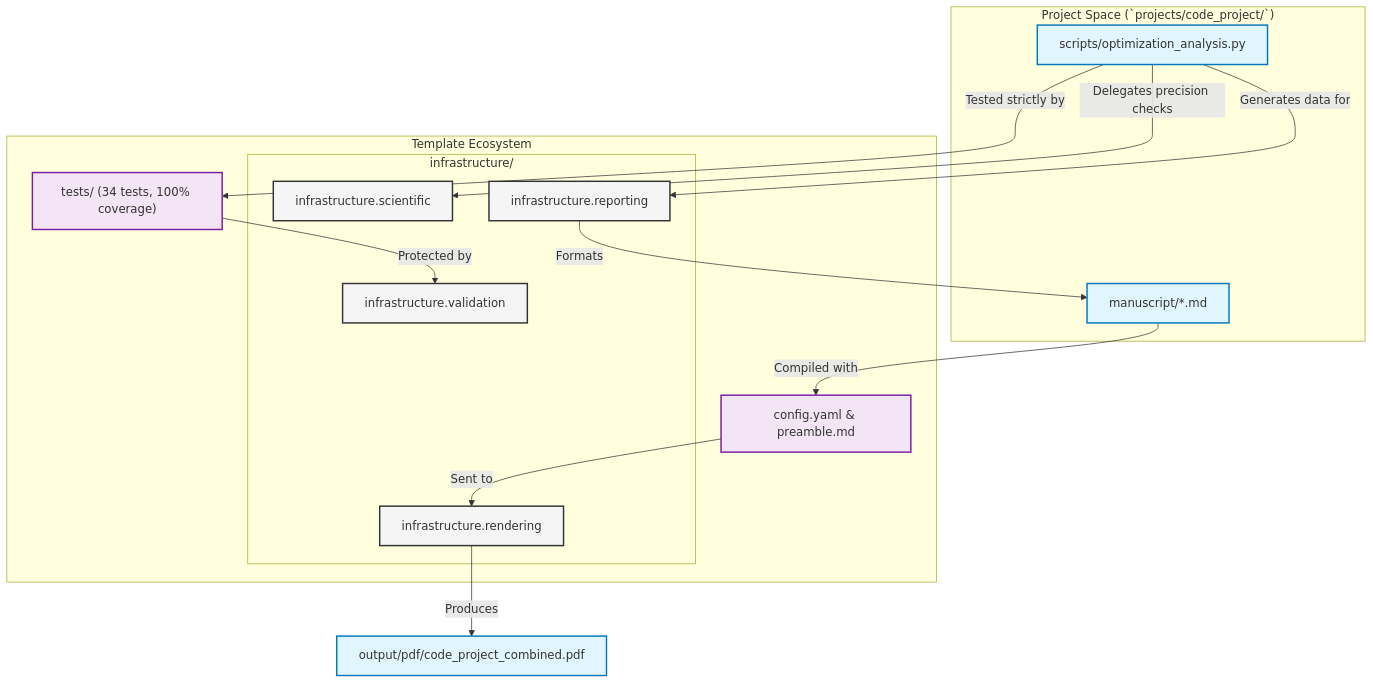
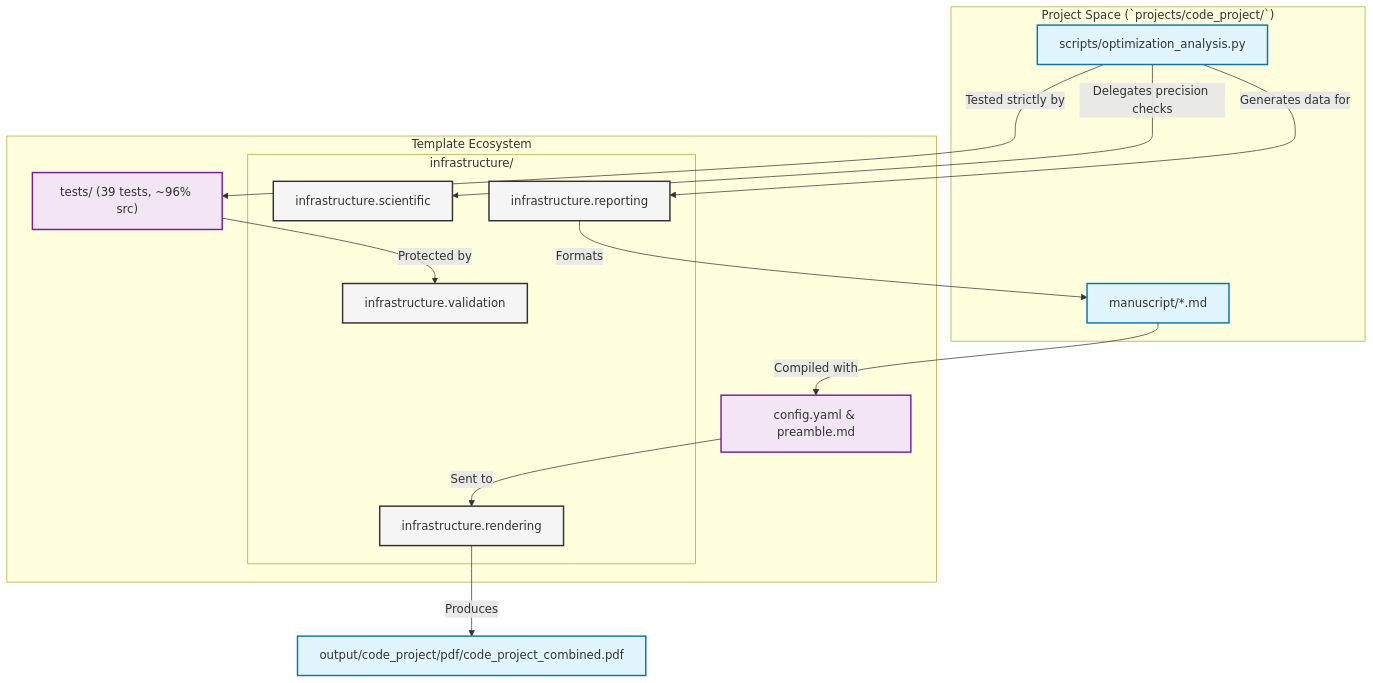
One commit to docxology/template changed the diagram in projects/code_project/manuscript/README.md. Above: the diagram before and after it, drawn with Mermaid. The commit also changed other lines of this file and 334 other files, not shown here.

````diff
--- a/projects/code_project/manuscript/README.md
+++ b/projects/code_project/manuscript/README.md
@@ -29,32 +29,32 @@
 ```mermaid
 graph TD
     classDef infra fill:#f5f5f5,stroke:#333,stroke-width:2px;
     classDef project fill:#e1f5fe,stroke:#0277bd,stroke-width:2px;
     classDef docs fill:#f3e5f5,stroke:#7b1fa2,stroke-width:2px;
 
     subgraph "Project Space (`projects/code_project/`)"
         Script["scripts/optimization_analysis.py"]:::project
         Manuscript["manuscript/*.md"]:::project
     end
 
     subgraph "Template Ecosystem"
-        Tests["tests/ (34 tests, 100% coverage)"]:::docs
+        Tests["tests/ (39 tests, ~96% src)"]:::docs
         Config["config.yaml & preamble.md"]:::docs
         
         subgraph "`infrastructure/`"
             Validation["infrastructure.validation"]:::infra
             Scientific["infrastructure.scientific"]:::infra
             Reporting["infrastructure.reporting"]:::infra
             Rendering["infrastructure.rendering"]:::infra
         end
     end
 
     Script -->|Delegates precision checks| Scientific
     Script -->|Tested strictly by| Tests
     Tests -->|Protected by| Validation
     Script -->|Generates data for| Reporting
     Reporting -->|Formats| Manuscript
     Manuscript -->|Compiled with| Config
     Config -->|Sent to| Rendering
-    Rendering -->|Produces| PDF["output/pdf/code_project_combined.pdf"]:::project
+    Rendering -->|Produces| PDF["output/code_project/pdf/code_project_combined.pdf"]:::project
 ```
````
